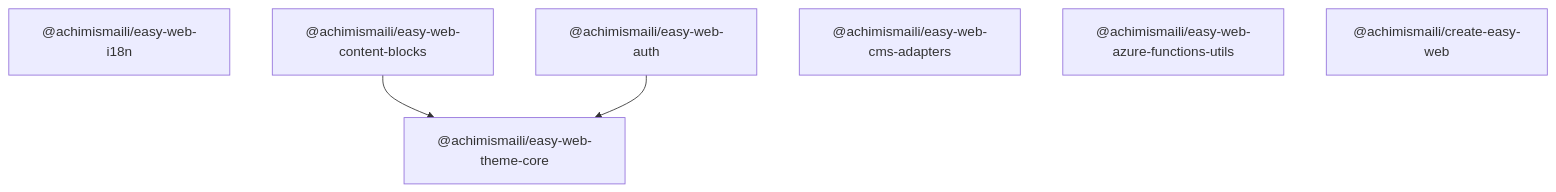
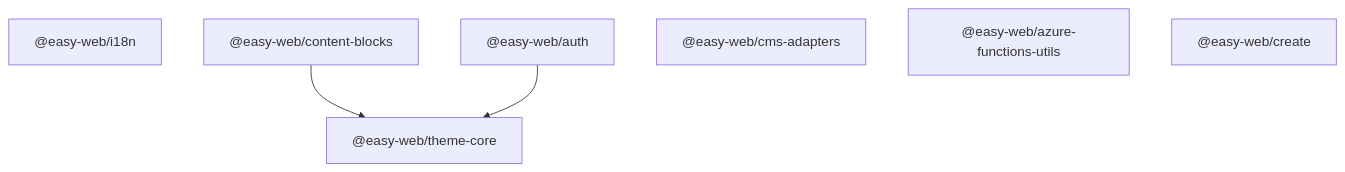
One commit to achimismaili/easy-web changed the first of 2 diagrams in apps/docs/src/content/docs/architecture/index.mdx. Above: the diagram before and after it, drawn with Mermaid. The commit also changed other lines of this file and 55 other files, not shown here.

Commit message:
refactor(easy-web): update source, docs and app references to the @easy-web scope

````diff
--- a/apps/docs/src/content/docs/architecture/index.mdx
+++ b/apps/docs/src/content/docs/architecture/index.mdx
@@ -26,13 +26,13 @@
 ```mermaid
 graph TD
-    TC["@achimismaili/easy-web-theme-core"]
-    I18N["@achimismaili/easy-web-i18n"]
-    CB["@achimismaili/easy-web-content-blocks"]
-    AUTH["@achimismaili/easy-web-auth"]
-    CMS["@achimismaili/easy-web-cms-adapters"]
-    AFU["@achimismaili/easy-web-azure-functions-utils"]
-    CLI["@achimismaili/create-easy-web"]
+    TC["@easy-web/theme-core"]
+    I18N["@easy-web/i18n"]
+    CB["@easy-web/content-blocks"]
+    AUTH["@easy-web/auth"]
+    CMS["@easy-web/cms-adapters"]
+    AFU["@easy-web/azure-functions-utils"]
+    CLI["@easy-web/create"]
 
     CB --> TC
     AUTH --> TC
 ```
````
